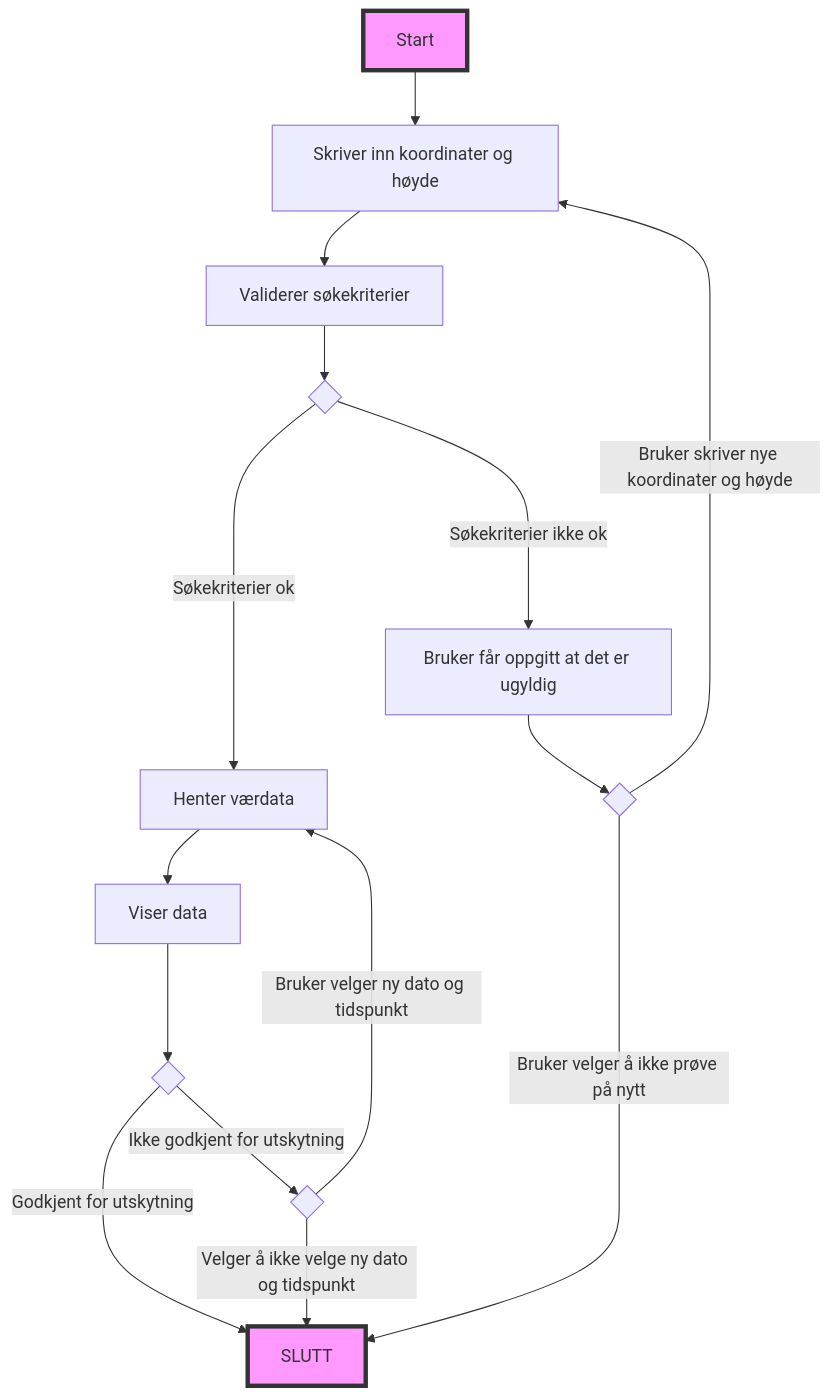
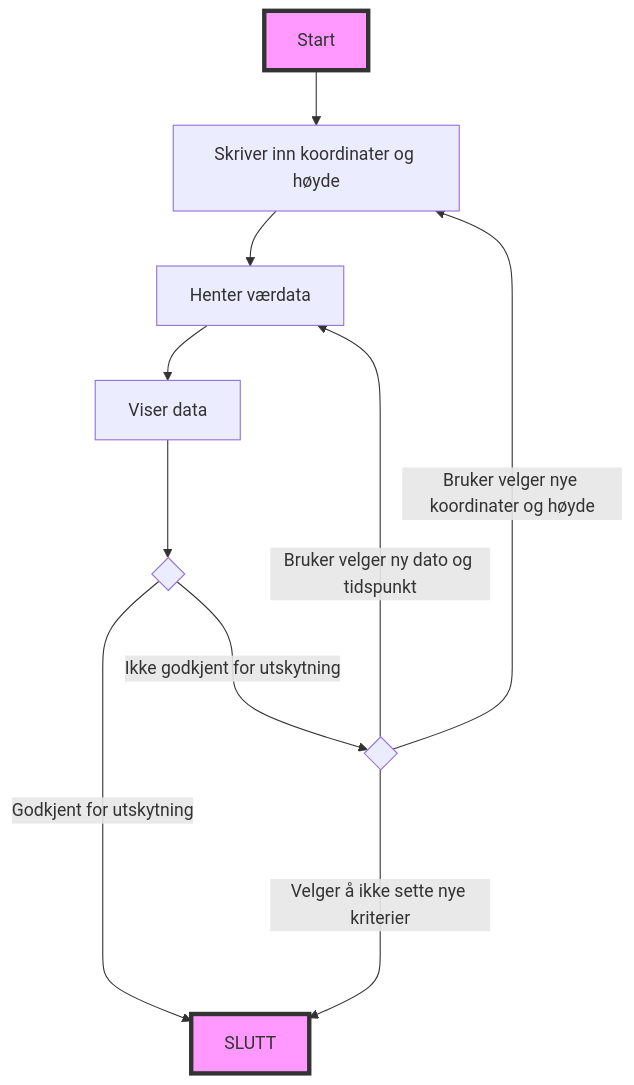
The second of 2 diagrams in MODELING.md (Nithusan2002/LiftOff), drawn with Mermaid before and after one commit. The commit also changed other lines of this file, not shown here.

````diff
--- a/MODELING.md
+++ b/MODELING.md
@@ -61,21 +56,16 @@
 ``` mermaid
 flowchart TD
     style A fill:#f9f,stroke:#333,stroke-width:4px
     style Å fill:#f9f,stroke:#333,stroke-width:4px
 
     A[Start] --> B[Skriver inn koordinater og høyde]
-    B -->C[Validerer søkekriterier]
-    C --> D{ }
-    D ----> |Søkekriterier ok| E[Henter værdata]
-    D ---> |Søkekriterier ikke ok| F[Bruker får oppgitt at det er ugyldig] 
-    F --> M{ }
-    M --> |Bruker skriver nye koordinater og høyde| B
-    M --> |Bruker velger å ikke prøve på nytt| Å
+    B --> E[Henter værdata]
     E --> G[Viser data] --> H{ }
     H --> |Godkjent for utskytning| Å
-    H --> |Ikke godkjent for utskytning| K{ }
+    H ---> |Ikke godkjent for utskytning| K{ }
     K --> |Bruker velger ny dato og tidspunkt| E
-    K --> |Velger å ikke velge ny dato og tidspunkt|Å
+    K --> |Bruker velger nye koordinater og høyde|B 
+    K ----> |Velger å ikke sette nye kriterier|Å
 
     Å[SLUTT]
 ```
````
